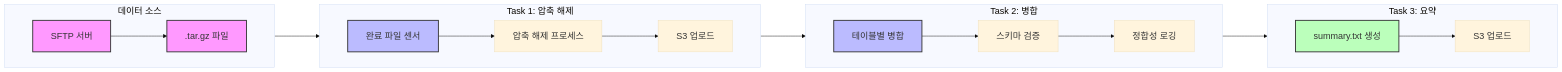
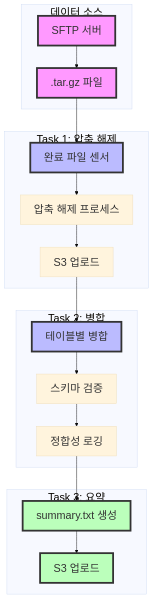
The sixth of 11 diagrams in _posts/2025-03-18-etl-pipeline.md (yeokyeong-yoon/yeokyeong-yoon.github.io), drawn with Mermaid before and after one commit. The commit also changed other lines of this file, not shown here.

Commit message:
style: Improve diagram readability with larger fonts and clearer layout

````diff
--- a/_posts/2025-03-18-etl-pipeline.md
+++ b/_posts/2025-03-18-etl-pipeline.md
@@ -264,33 +296,48 @@
 ```mermaid
-%%{init: {'theme': 'base', 'themeVariables': { 'fontSize': '20px', 'fontFamily': 'arial', 'lineHeight': '1.5', 'textAlignment': 'center' }, 'flowchart': { 'nodeSpacing': 50, 'rankSpacing': 100, 'padding': 20, 'width': '100%', 'height': '100%' }}}%%
-graph LR
+%%{init: {
+  'theme': 'base',
+  'themeVariables': {
+    'fontSize': '24px',
+    'fontFamily': 'arial',
+    'lineHeight': '2',
+    'textAlignment': 'center'
+  }
+}}%%
+graph TD
     subgraph "데이터 소스"
-        direction LR
-        S1[SFTP 서버] --> S2[.tar.gz 파일]
+        SFTP[SFTP 서버]
+        TAR[.tar.gz 파일]
+        SFTP --> TAR
     end
     
     subgraph "Task 1: 압축 해제"
-        direction LR
-        T1[완료 파일 센서] --> T2[압축 해제 프로세스] --> T3[S3 업로드]
+        SENSOR[완료 파일 센서]
+        EXTRACT[압축 해제 프로세스]
+        UPLOAD[S3 업로드]
+        SENSOR --> EXTRACT --> UPLOAD
     end
     
     subgraph "Task 2: 병합"
-        direction LR
-        T4[테이블별 병합] --> T5[스키마 검증] --> T6[정합성 로깅]
+        MERGE[테이블별 병합]
+        VALIDATE[스키마 검증]
+        LOG[정합성 로깅]
+        MERGE --> VALIDATE --> LOG
     end
     
     subgraph "Task 3: 요약"
-        direction LR
-        T7[summary.txt 생성] --> T8[S3 업로드]
+        SUMMARY[summary.txt 생성]
+        S3[S3 업로드]
+        SUMMARY --> S3
     end
     
-    S2 --> T1
-    T3 --> T4
-    T6 --> T7
+    TAR --> SENSOR
+    UPLOAD --> MERGE
+    LOG --> SUMMARY
     
-    style S1 fill:#f9f,stroke:#333,stroke-width:2px
-    style S2 fill:#f9f,stroke:#333,stroke-width:2px
-    style T1 fill:#bbf,stroke:#333,stroke-width:2px
-    style T4 fill:#bbf,stroke:#333,stroke-width:2px
-    style T7 fill:#bfb,stroke:#333,stroke-width:2px
+    style SFTP fill:#f9f,stroke:#333,stroke-width:4px
+    style TAR fill:#f9f,stroke:#333,stroke-width:4px
+    style SENSOR fill:#bbf,stroke:#333,stroke-width:4px
+    style MERGE fill:#bbf,stroke:#333,stroke-width:4px
+    style SUMMARY fill:#bfb,stroke:#333,stroke-width:4px
+    style S3 fill:#bfb,stroke:#333,stroke-width:4px
 ```
````
